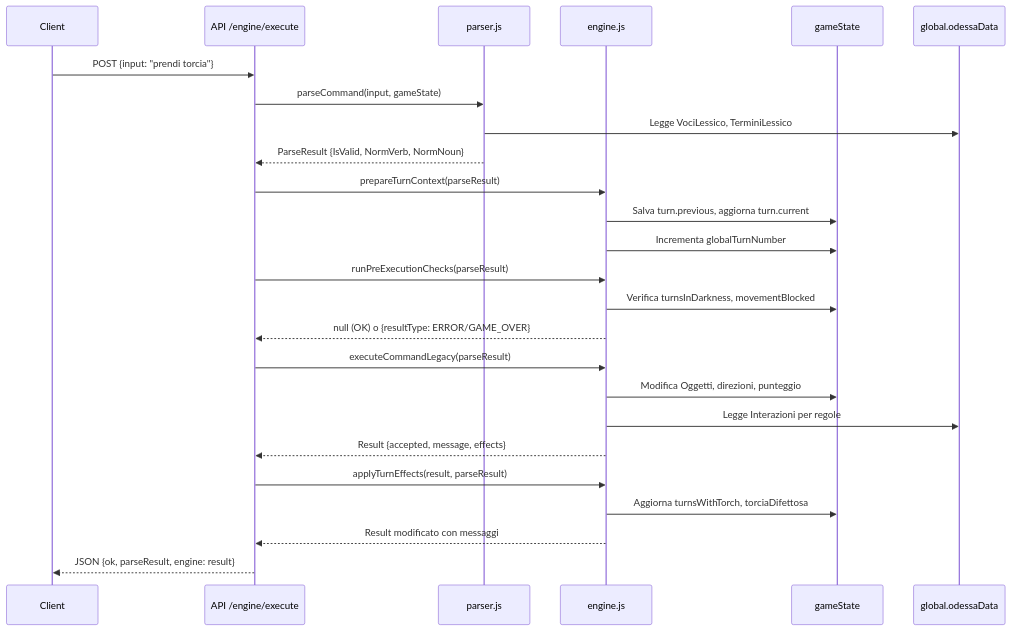
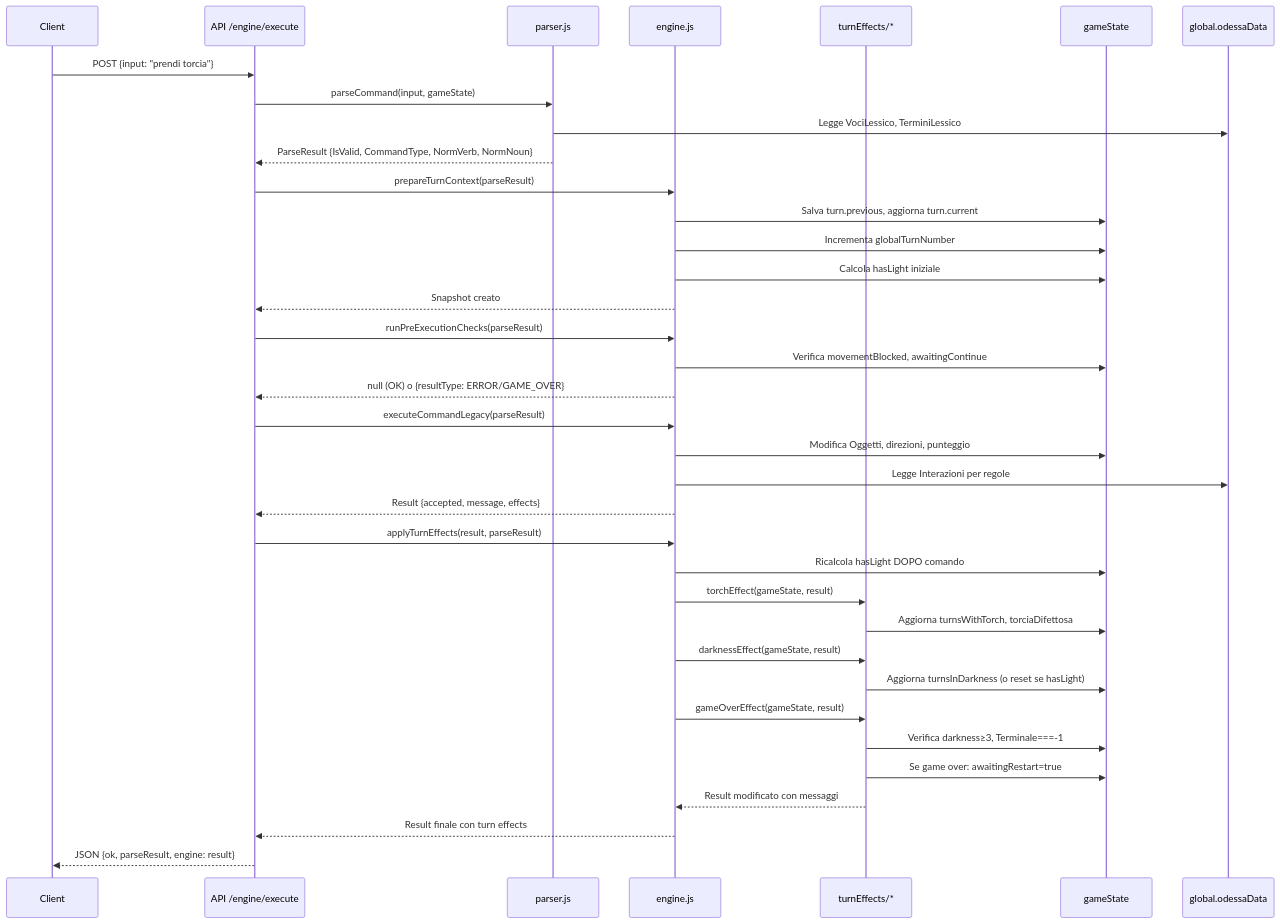
One commit to Aqualung61/MissioneOdessa changed the sixth of 8 diagrams in docs/architettura-applicazione.md. Above: the diagram before and after it, drawn with Mermaid. The commit also changed other lines of this file, not shown here.

First line of the commit message:
Docs: Aggiorna architettura-applicazione.md per Sprint 3.3.5.B

````diff
--- a/docs/architettura-applicazione.md
+++ b/docs/architettura-applicazione.md
@@ -629,33 +630,44 @@
 ```mermaid
 sequenceDiagram
     participant C as Client
     participant API as API /engine/execute
     participant Parser as parser.js
     participant Engine as engine.js
+    participant TurnEffects as turnEffects/*
     participant GS as gameState
     participant Global as global.odessaData
 
     C->>API: POST {input: "prendi torcia"}
     API->>Parser: parseCommand(input, gameState)
     Parser->>Global: Legge VociLessico, TerminiLessico
-    Parser-->>API: ParseResult {IsValid, NormVerb, NormNoun}
+    Parser-->>API: ParseResult {IsValid, CommandType, NormVerb, NormNoun}
     
     API->>Engine: prepareTurnContext(parseResult)
     Engine->>GS: Salva turn.previous, aggiorna turn.current
     Engine->>GS: Incrementa globalTurnNumber
+    Engine->>GS: Calcola hasLight iniziale
+    Engine-->>API: Snapshot creato
     
     API->>Engine: runPreExecutionChecks(parseResult)
-    Engine->>GS: Verifica turnsInDarkness, movementBlocked
+    Engine->>GS: Verifica movementBlocked, awaitingContinue
     Engine-->>API: null (OK) o {resultType: ERROR/GAME_OVER}
     
     API->>Engine: executeCommandLegacy(parseResult)
     Engine->>GS: Modifica Oggetti, direzioni, punteggio
     Engine->>Global: Legge Interazioni per regole
     Engine-->>API: Result {accepted, message, effects}
     
     API->>Engine: applyTurnEffects(result, parseResult)
-    Engine->>GS: Aggiorna turnsWithTorch, torciaDifettosa
-    Engine-->>API: Result modificato con messaggi
+    Engine->>GS: Ricalcola hasLight DOPO comando
+    Engine->>TurnEffects: torchEffect(gameState, result)
+    TurnEffects->>GS: Aggiorna turnsWithTorch, torciaDifettosa
+    Engine->>TurnEffects: darknessEffect(gameState, result)
+    TurnEffects->>GS: Aggiorna turnsInDarkness (o reset se hasLight)
+    Engine->>TurnEffects: gameOverEffect(gameState, result)
+    TurnEffects->>GS: Verifica darkness≥3, Terminale===-1
+    TurnEffects->>GS: Se game over: awaitingRestart=true
+    TurnEffects-->>Engine: Result modificato con messaggi
+    Engine-->>API: Result finale con turn effects
     
     API-->>C: JSON {ok, parseResult, engine: result}
 ```
````
